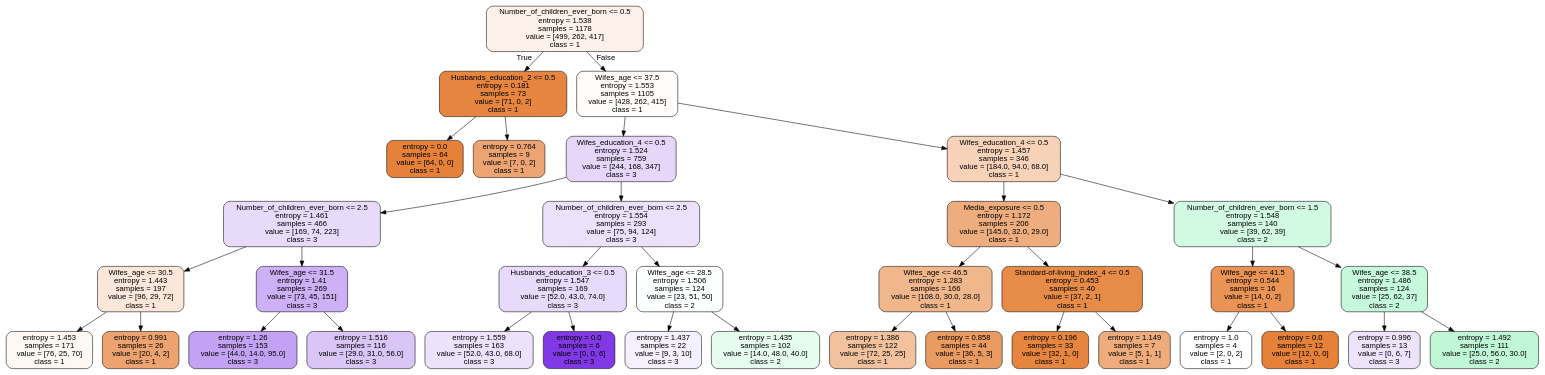
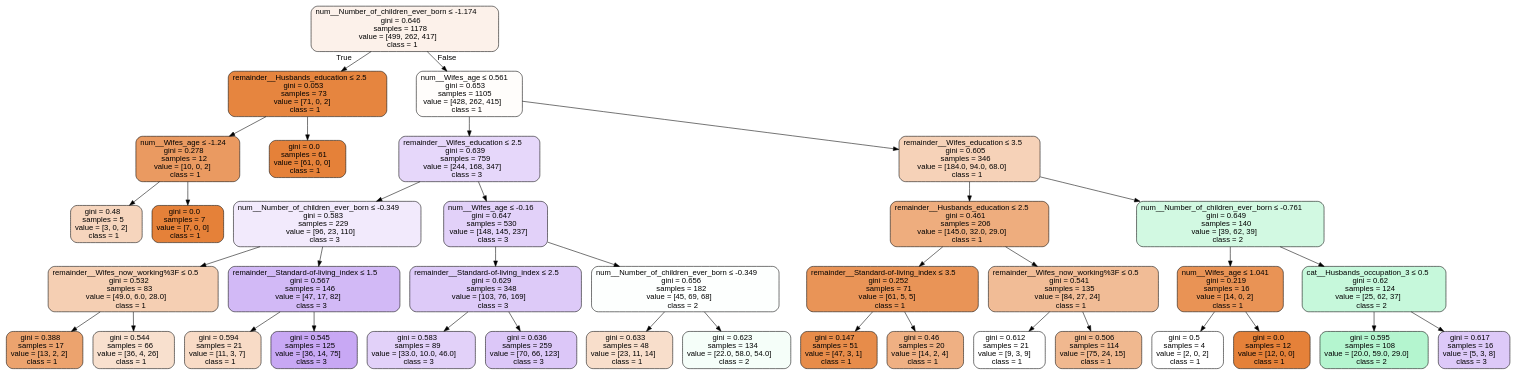
Before and after one commit to IDM4s-2025/TC2034-final-team8: the diagram in images/decision_trees/best_tree.dot, drawn with Graphviz. The commit also changed 5 other files, not shown here.

```diff
--- a/images/decision_trees/best_tree.dot
+++ b/images/decision_trees/best_tree.dot
@@ -1,73 +1,77 @@
 digraph Tree {
 node [shape=box, style="filled, rounded", color="black", fontname="helvetica"] ;
 edge [fontname="helvetica"] ;
-0 [label="Number_of_children_ever_born <= 0.5\nentropy = 1.538\nsamples = 1178\nvalue = [499, 262, 417]\nclass = 1", fillcolor="#fcf1ea"] ;
-1 [label="Husbands_education_2 <= 0.5\nentropy = 0.181\nsamples = 73\nvalue = [71, 0, 2]\nclass = 1", fillcolor="#e6853f"] ;
+0 [label=<num__Number_of_children_ever_born &le; -1.174<br/>gini = 0.646<br/>samples = 1178<br/>value = [499, 262, 417]<br/>class = 1>, fillcolor="#fcf1ea"] ;
+1 [label=<remainder__Husbands_education &le; 2.5<br/>gini = 0.053<br/>samples = 73<br/>value = [71, 0, 2]<br/>class = 1>, fillcolor="#e6853f"] ;
 0 -> 1 [labeldistance=2.5, labelangle=45, headlabel="True"] ;
-2 [label="entropy = 0.0\nsamples = 64\nvalue = [64, 0, 0]\nclass = 1", fillcolor="#e58139"] ;
+2 [label=<num__Wifes_age &le; -1.24<br/>gini = 0.278<br/>samples = 12<br/>value = [10, 0, 2]<br/>class = 1>, fillcolor="#ea9a61"] ;
 1 -> 2 ;
-3 [label="entropy = 0.764\nsamples = 9\nvalue = [7, 0, 2]\nclass = 1", fillcolor="#eca572"] ;
-1 -> 3 ;
-4 [label="Wifes_age <= 37.5\nentropy = 1.553\nsamples = 1105\nvalue = [428, 262, 415]\nclass = 1", fillcolor="#fffdfb"] ;
-0 -> 4 [labeldistance=2.5, labelangle=-45, headlabel="False"] ;
-5 [label="Wifes_education_4 <= 0.5\nentropy = 1.524\nsamples = 759\nvalue = [244, 168, 347]\nclass = 3", fillcolor="#e6d7fa"] ;
-4 -> 5 ;
-6 [label="Number_of_children_ever_born <= 2.5\nentropy = 1.461\nsamples = 466\nvalue = [169, 74, 223]\nclass = 3", fillcolor="#e8dbfa"] ;
-5 -> 6 ;
-7 [label="Wifes_age <= 30.5\nentropy = 1.443\nsamples = 197\nvalue = [96, 29, 72]\nclass = 1", fillcolor="#fae7d9"] ;
+3 [label=<gini = 0.48<br/>samples = 5<br/>value = [3, 0, 2]<br/>class = 1>, fillcolor="#f6d5bd"] ;
+2 -> 3 ;
+4 [label=<gini = 0.0<br/>samples = 7<br/>value = [7, 0, 0]<br/>class = 1>, fillcolor="#e58139"] ;
+2 -> 4 ;
+5 [label=<gini = 0.0<br/>samples = 61<br/>value = [61, 0, 0]<br/>class = 1>, fillcolor="#e58139"] ;
+1 -> 5 ;
+6 [label=<num__Wifes_age &le; 0.561<br/>gini = 0.653<br/>samples = 1105<br/>value = [428, 262, 415]<br/>class = 1>, fillcolor="#fffdfb"] ;
+0 -> 6 [labeldistance=2.5, labelangle=-45, headlabel="False"] ;
+7 [label=<remainder__Wifes_education &le; 2.5<br/>gini = 0.639<br/>samples = 759<br/>value = [244, 168, 347]<br/>class = 3>, fillcolor="#e6d7fa"] ;
 6 -> 7 ;
-8 [label="entropy = 1.453\nsamples = 171\nvalue = [76, 25, 70]\nclass = 1", fillcolor="#fdf8f3"] ;
+8 [label=<num__Number_of_children_ever_born &le; -0.349<br/>gini = 0.583<br/>samples = 229<br/>value = [96, 23, 110]<br/>class = 3>, fillcolor="#f2eafc"] ;
 7 -> 8 ;
-9 [label="entropy = 0.991\nsamples = 26\nvalue = [20, 4, 2]\nclass = 1", fillcolor="#eca36f"] ;
-7 -> 9 ;
-10 [label="Wifes_age <= 31.5\nentropy = 1.41\nsamples = 269\nvalue = [73, 45, 151]\nclass = 3", fillcolor="#cdb0f5"] ;
-6 -> 10 ;
-11 [label="entropy = 1.26\nsamples = 153\nvalue = [44.0, 14.0, 95.0]\nclass = 3", fillcolor="#c4a2f3"] ;
-10 -> 11 ;
-12 [label="entropy = 1.516\nsamples = 116\nvalue = [29.0, 31.0, 56.0]\nclass = 3", fillcolor="#dac5f7"] ;
-10 -> 12 ;
-13 [label="Number_of_children_ever_born <= 2.5\nentropy = 1.554\nsamples = 293\nvalue = [75, 94, 124]\nclass = 3", fillcolor="#ece1fb"] ;
-5 -> 13 ;
-14 [label="Husbands_education_3 <= 0.5\nentropy = 1.547\nsamples = 169\nvalue = [52.0, 43.0, 74.0]\nclass = 3", fillcolor="#e7dafa"] ;
-13 -> 14 ;
-15 [label="entropy = 1.559\nsamples = 163\nvalue = [52.0, 43.0, 68.0]\nclass = 3", fillcolor="#ede2fb"] ;
-14 -> 15 ;
-16 [label="entropy = 0.0\nsamples = 6\nvalue = [0, 0, 6]\nclass = 3", fillcolor="#8139e5"] ;
-14 -> 16 ;
-17 [label="Wifes_age <= 28.5\nentropy = 1.506\nsamples = 124\nvalue = [23, 51, 50]\nclass = 2", fillcolor="#fcfffd"] ;
-13 -> 17 ;
-18 [label="entropy = 1.437\nsamples = 22\nvalue = [9, 3, 10]\nclass = 3", fillcolor="#f5f0fd"] ;
-17 -> 18 ;
-19 [label="entropy = 1.435\nsamples = 102\nvalue = [14.0, 48.0, 40.0]\nclass = 2", fillcolor="#e5fcef"] ;
-17 -> 19 ;
-20 [label="Wifes_education_4 <= 0.5\nentropy = 1.457\nsamples = 346\nvalue = [184.0, 94.0, 68.0]\nclass = 1", fillcolor="#f6d2b8"] ;
-4 -> 20 ;
-21 [label="Media_exposure <= 0.5\nentropy = 1.172\nsamples = 206\nvalue = [145.0, 32.0, 29.0]\nclass = 1", fillcolor="#eead7e"] ;
-20 -> 21 ;
-22 [label="Wifes_age <= 46.5\nentropy = 1.283\nsamples = 166\nvalue = [108.0, 30.0, 28.0]\nclass = 1", fillcolor="#f0b78d"] ;
-21 -> 22 ;
-23 [label="entropy = 1.386\nsamples = 122\nvalue = [72, 25, 25]\nclass = 1", fillcolor="#f2c29f"] ;
+9 [label=<remainder__Wifes_now_working%3F &le; 0.5<br/>gini = 0.532<br/>samples = 83<br/>value = [49.0, 6.0, 28.0]<br/>class = 1>, fillcolor="#f5cfb3"] ;
+8 -> 9 ;
+10 [label=<gini = 0.388<br/>samples = 17<br/>value = [13, 2, 2]<br/>class = 1>, fillcolor="#eca36e"] ;
+9 -> 10 ;
+11 [label=<gini = 0.544<br/>samples = 66<br/>value = [36, 4, 26]<br/>class = 1>, fillcolor="#f8e0ce"] ;
+9 -> 11 ;
+12 [label=<remainder__Standard-of-living_index &le; 1.5<br/>gini = 0.567<br/>samples = 146<br/>value = [47, 17, 82]<br/>class = 3>, fillcolor="#d2b9f6"] ;
+8 -> 12 ;
+13 [label=<gini = 0.594<br/>samples = 21<br/>value = [11, 3, 7]<br/>class = 1>, fillcolor="#f8dbc6"] ;
+12 -> 13 ;
+14 [label=<gini = 0.545<br/>samples = 125<br/>value = [36, 14, 75]<br/>class = 3>, fillcolor="#c8a8f4"] ;
+12 -> 14 ;
+15 [label=<num__Wifes_age &le; -0.16<br/>gini = 0.647<br/>samples = 530<br/>value = [148, 145, 237]<br/>class = 3>, fillcolor="#e2d1f9"] ;
+7 -> 15 ;
+16 [label=<remainder__Standard-of-living_index &le; 2.5<br/>gini = 0.629<br/>samples = 348<br/>value = [103, 76, 169]<br/>class = 3>, fillcolor="#ddcaf8"] ;
+15 -> 16 ;
+17 [label=<gini = 0.583<br/>samples = 89<br/>value = [33.0, 10.0, 46.0]<br/>class = 3>, fillcolor="#e2d1f9"] ;
+16 -> 17 ;
+18 [label=<gini = 0.636<br/>samples = 259<br/>value = [70, 66, 123]<br/>class = 3>, fillcolor="#dcc7f8"] ;
+16 -> 18 ;
+19 [label=<num__Number_of_children_ever_born &le; -0.349<br/>gini = 0.656<br/>samples = 182<br/>value = [45, 69, 68]<br/>class = 2>, fillcolor="#fdfffe"] ;
+15 -> 19 ;
+20 [label=<gini = 0.633<br/>samples = 48<br/>value = [23, 11, 14]<br/>class = 1>, fillcolor="#f8decb"] ;
+19 -> 20 ;
+21 [label=<gini = 0.623<br/>samples = 134<br/>value = [22.0, 58.0, 54.0]<br/>class = 2>, fillcolor="#f5fef9"] ;
+19 -> 21 ;
+22 [label=<remainder__Wifes_education &le; 3.5<br/>gini = 0.605<br/>samples = 346<br/>value = [184.0, 94.0, 68.0]<br/>class = 1>, fillcolor="#f6d2b8"] ;
+6 -> 22 ;
+23 [label=<remainder__Husbands_education &le; 2.5<br/>gini = 0.461<br/>samples = 206<br/>value = [145.0, 32.0, 29.0]<br/>class = 1>, fillcolor="#eead7e"] ;
 22 -> 23 ;
-24 [label="entropy = 0.858\nsamples = 44\nvalue = [36, 5, 3]\nclass = 1", fillcolor="#ea9b62"] ;
-22 -> 24 ;
-25 [label="Standard-of-living_index_4 <= 0.5\nentropy = 0.453\nsamples = 40\nvalue = [37, 2, 1]\nclass = 1", fillcolor="#e78b49"] ;
-21 -> 25 ;
-26 [label="entropy = 0.196\nsamples = 33\nvalue = [32, 1, 0]\nclass = 1", fillcolor="#e6853f"] ;
-25 -> 26 ;
-27 [label="entropy = 1.149\nsamples = 7\nvalue = [5, 1, 1]\nclass = 1", fillcolor="#eeab7b"] ;
-25 -> 27 ;
-28 [label="Number_of_children_ever_born <= 1.5\nentropy = 1.548\nsamples = 140\nvalue = [39, 62, 39]\nclass = 2", fillcolor="#d2f9e2"] ;
-20 -> 28 ;
-29 [label="Wifes_age <= 41.5\nentropy = 0.544\nsamples = 16\nvalue = [14, 0, 2]\nclass = 1", fillcolor="#e99355"] ;
-28 -> 29 ;
-30 [label="entropy = 1.0\nsamples = 4\nvalue = [2, 0, 2]\nclass = 1", fillcolor="#ffffff"] ;
-29 -> 30 ;
-31 [label="entropy = 0.0\nsamples = 12\nvalue = [12, 0, 0]\nclass = 1", fillcolor="#e58139"] ;
-29 -> 31 ;
-32 [label="Wifes_age <= 38.5\nentropy = 1.486\nsamples = 124\nvalue = [25, 62, 37]\nclass = 2", fillcolor="#c6f8db"] ;
-28 -> 32 ;
-33 [label="entropy = 0.996\nsamples = 13\nvalue = [0, 6, 7]\nclass = 3", fillcolor="#ede3fb"] ;
-32 -> 33 ;
-34 [label="entropy = 1.492\nsamples = 111\nvalue = [25.0, 56.0, 30.0]\nclass = 2", fillcolor="#bff7d7"] ;
-32 -> 34 ;
+24 [label=<remainder__Standard-of-living_index &le; 3.5<br/>gini = 0.252<br/>samples = 71<br/>value = [61, 5, 5]<br/>class = 1>, fillcolor="#e99457"] ;
+23 -> 24 ;
+25 [label=<gini = 0.147<br/>samples = 51<br/>value = [47, 3, 1]<br/>class = 1>, fillcolor="#e78c4a"] ;
+24 -> 25 ;
+26 [label=<gini = 0.46<br/>samples = 20<br/>value = [14, 2, 4]<br/>class = 1>, fillcolor="#efb083"] ;
+24 -> 26 ;
+27 [label=<remainder__Wifes_now_working%3F &le; 0.5<br/>gini = 0.541<br/>samples = 135<br/>value = [84, 27, 24]<br/>class = 1>, fillcolor="#f1bc96"] ;
+23 -> 27 ;
+28 [label=<gini = 0.612<br/>samples = 21<br/>value = [9, 3, 9]<br/>class = 1>, fillcolor="#ffffff"] ;
+27 -> 28 ;
+29 [label=<gini = 0.506<br/>samples = 114<br/>value = [75, 24, 15]<br/>class = 1>, fillcolor="#f0b88f"] ;
+27 -> 29 ;
+30 [label=<num__Number_of_children_ever_born &le; -0.761<br/>gini = 0.649<br/>samples = 140<br/>value = [39, 62, 39]<br/>class = 2>, fillcolor="#d2f9e2"] ;
+22 -> 30 ;
+31 [label=<num__Wifes_age &le; 1.041<br/>gini = 0.219<br/>samples = 16<br/>value = [14, 0, 2]<br/>class = 1>, fillcolor="#e99355"] ;
+30 -> 31 ;
+32 [label=<gini = 0.5<br/>samples = 4<br/>value = [2, 0, 2]<br/>class = 1>, fillcolor="#ffffff"] ;
+31 -> 32 ;
+33 [label=<gini = 0.0<br/>samples = 12<br/>value = [12, 0, 0]<br/>class = 1>, fillcolor="#e58139"] ;
+31 -> 33 ;
+34 [label=<cat__Husbands_occupation_3 &le; 0.5<br/>gini = 0.62<br/>samples = 124<br/>value = [25, 62, 37]<br/>class = 2>, fillcolor="#c6f8db"] ;
+30 -> 34 ;
+35 [label=<gini = 0.595<br/>samples = 108<br/>value = [20.0, 59.0, 29.0]<br/>class = 2>, fillcolor="#b4f5cf"] ;
+34 -> 35 ;
+36 [label=<gini = 0.617<br/>samples = 16<br/>value = [5, 3, 8]<br/>class = 3>, fillcolor="#ddc9f8"] ;
+34 -> 36 ;
 }
```
